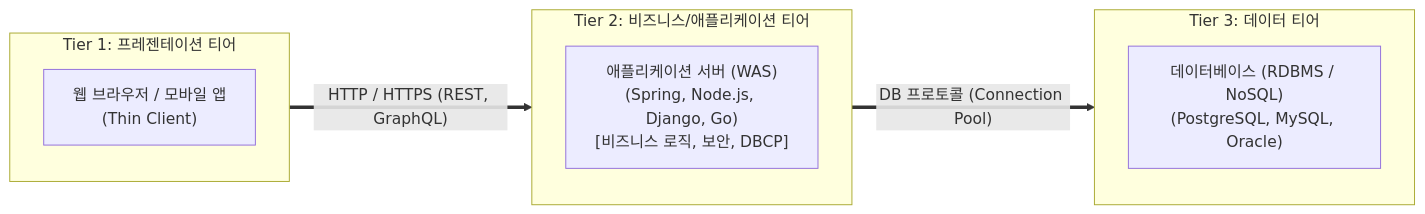
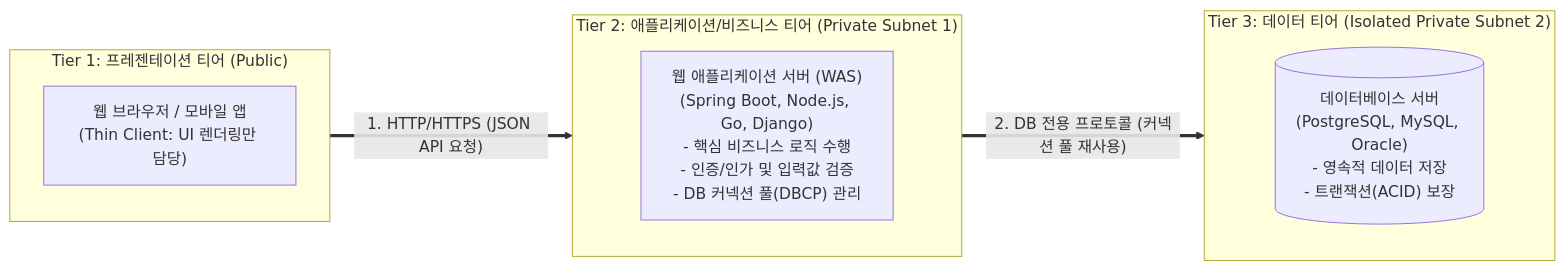
The third of 39 diagrams in 09_아키텍처.md (keimania/tech-notes), drawn with Mermaid before and after one commit. The commit also changed other lines of this file and 12 other files, not shown here.

````diff
--- a/09_아키텍처.md
+++ b/09_아키텍처.md
@@ -99,17 +107,17 @@
 ```mermaid
 flowchart LR
-    subgraph Tier1["Tier 1: 프레젠테이션 티어"]
-        Browser["웹 브라우저 / 모바일 앱\n(Thin Client)"]
+    subgraph Tier1["Tier 1: 프레젠테이션 티어 (Public)"]
+        Browser["웹 브라우저 / 모바일 앱\n(Thin Client: UI 렌더링만 담당)"]
     end
 
-    subgraph Tier2["Tier 2: 비즈니스/애플리케이션 티어"]
-        WAS["애플리케이션 서버 (WAS)\n(Spring, Node.js, Django, Go)\n[비즈니스 로직, 보안, DBCP]"]
+    subgraph Tier2["Tier 2: 애플리케이션/비즈니스 티어 (Private Subnet 1)"]
+        WAS["웹 애플리케이션 서버 (WAS)\n(Spring Boot, Node.js, Go, Django)\n- 핵심 비즈니스 로직 수행\n- 인증/인가 및 입력값 검증\n- DB 커넥션 풀(DBCP) 관리"]
     end
 
-    subgraph Tier3["Tier 3: 데이터 티어"]
-        DB["데이터베이스 (RDBMS / NoSQL)\n(PostgreSQL, MySQL, Oracle)"]
+    subgraph Tier3["Tier 3: 데이터 티어 (Isolated Private Subnet 2)"]
+        DB[("데이터베이스 서버\n(PostgreSQL, MySQL, Oracle)\n- 영속적 데이터 저장\n- 트랜잭션(ACID) 보장")]
     end
 
-    Tier1 == "HTTP / HTTPS (REST, GraphQL)" ==> Tier2
-    Tier2 == "DB 프로토콜 (Connection Pool)" ==> Tier3
+    Tier1 == "1. HTTP/HTTPS (JSON API 요청)" ==> Tier2
+    Tier2 == "2. DB 전용 프로토콜 (커넥션 풀 재사용)" ==> Tier3
 ```
````
